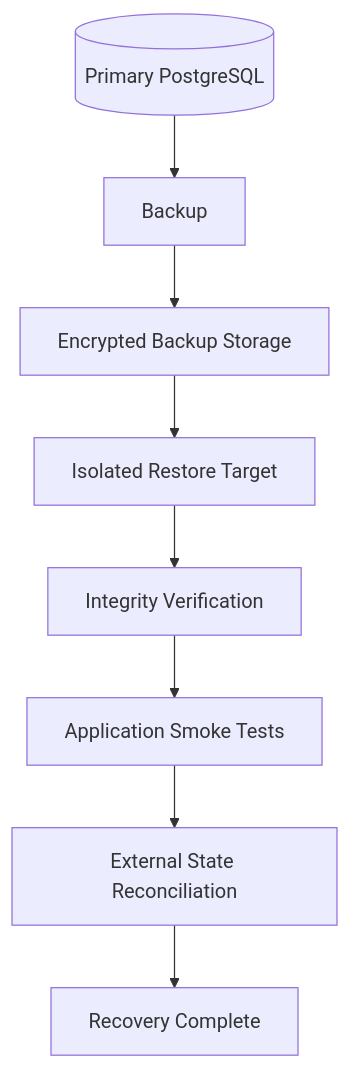
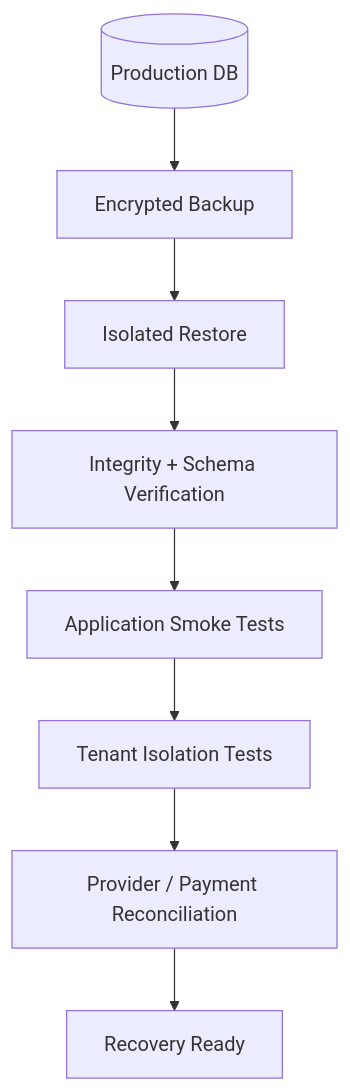
Before and after one commit to D-engahmed/OMILINKS: the first of 2 diagrams in docs/data/backup.md, drawn with Mermaid. The commit also changed other lines of this file and 3 other files, not shown here.

```diff
--- a/docs/data/backup.md
+++ b/docs/data/backup.md
@@ -35,10 +28,10 @@
 ~~~mermaid
 flowchart TB
-    PG[(Primary PostgreSQL)] --> FULL[Backup]
-    FULL --> STORE[Encrypted Backup Storage]
-    STORE --> RESTORE[Isolated Restore Target]
-    RESTORE --> VERIFY[Integrity Verification]
-    VERIFY --> SMOKE[Application Smoke Tests]
-    SMOKE --> RECON[External State Reconciliation]
-    RECON --> READY[Recovery Complete]
+PRIMARY[(Production DB)] --> BACKUP[Encrypted Backup]
+BACKUP --> RESTORE[Isolated Restore]
+RESTORE --> VERIFY[Integrity + Schema Verification]
+VERIFY --> APP[Application Smoke Tests]
+APP --> ISOLATION[Tenant Isolation Tests]
+ISOLATION --> RECON[Provider / Payment Reconciliation]
+RECON --> READY[Recovery Ready]
 ~~~
```
